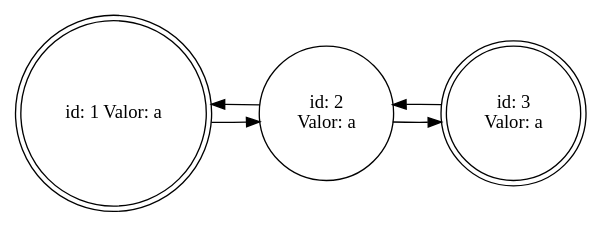
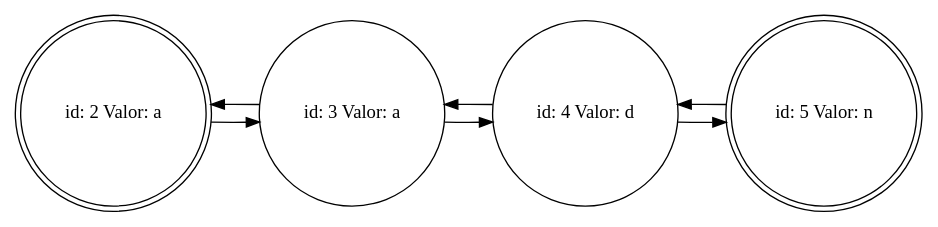
One commit to JColindres/EDD changed the diagram in Practica1/ListaDoble.dot. Above: the diagram before and after it, drawn with Graphviz. The commit also changed 12 other files, not shown here.

```diff
--- a/Practica1/ListaDoble.dot
+++ b/Practica1/ListaDoble.dot
@@ -1,14 +1,15 @@
 digraph G {
 
 rankdir=LR;
 
-0[shape=doublecircle,label="id: 1 Valor: a"];
-1[shape=circle,label="id: 2
-Valor: a"];
+0[shape=doublecircle,label="id: 2 Valor: a"];
+1[shape=circle,label="id: 3 Valor: a"];
 0->1;
 1->0;
-2[shape=doublecircle,label="id: 3
-Valor: a"];
+2[shape=circle,label="id: 4 Valor: d"];
 1->2;
 2->1;
+3[shape=doublecircle,label="id: 5 Valor: n"];
+2->3;
+3->2;
 }
```
